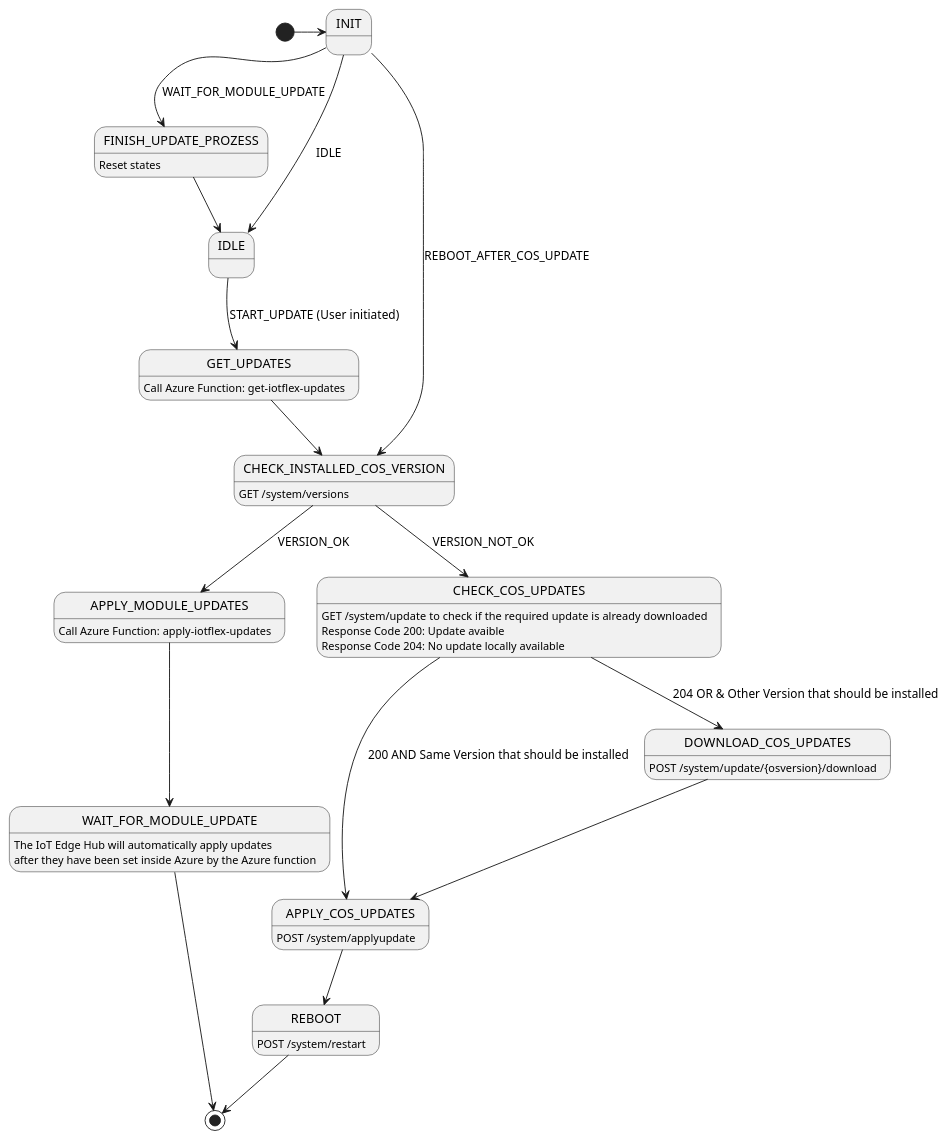
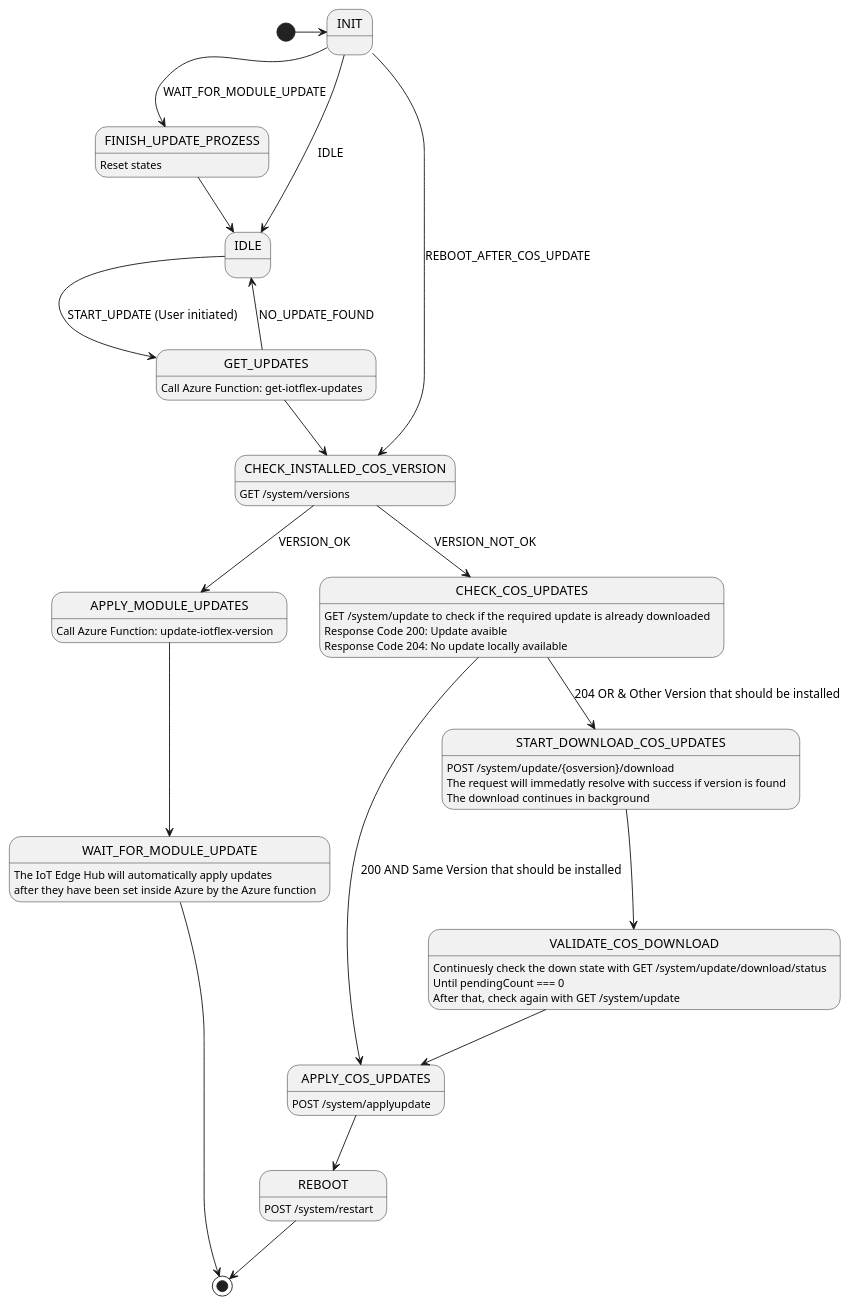
One commit to Vunnupyx/clight changed the diagram in developer-docs/state-diagramms/cos-update.plantuml. Above: the diagram before and after it, drawn with PlantUML.

Commit message:
Updated COS update flow

```diff
--- a/developer-docs/state-diagramms/cos-update.plantuml
+++ b/developer-docs/state-diagramms/cos-update.plantuml
@@ -1,32 +1,39 @@
 @startuml COS Update
 
 [*] -> INIT
 INIT --> FINISH_UPDATE_PROZESS : WAIT_FOR_MODULE_UPDATE
 INIT --> CHECK_INSTALLED_COS_VERSION : REBOOT_AFTER_COS_UPDATE
 INIT --> IDLE : IDLE
 IDLE --> GET_UPDATES : START_UPDATE (User initiated)
 GET_UPDATES --> CHECK_INSTALLED_COS_VERSION
+GET_UPDATES --> IDLE : NO_UPDATE_FOUND
 GET_UPDATES : Call Azure Function: get-iotflex-updates
 CHECK_INSTALLED_COS_VERSION --> APPLY_MODULE_UPDATES : VERSION_OK
 CHECK_INSTALLED_COS_VERSION : GET /system/versions
 CHECK_INSTALLED_COS_VERSION --> CHECK_COS_UPDATES : VERSION_NOT_OK
 CHECK_COS_UPDATES : GET  /system/update to check if the required update is already downloaded
 CHECK_COS_UPDATES : Response Code 200: Update avaible
 CHECK_COS_UPDATES : Response Code 204: No update locally available
 CHECK_COS_UPDATES --> APPLY_COS_UPDATES : 200 AND Same Version that should be installed
 APPLY_COS_UPDATES : POST /system/applyupdate 
-CHECK_COS_UPDATES --> DOWNLOAD_COS_UPDATES : 204 OR & Other Version that should be installed
-DOWNLOAD_COS_UPDATES : POST /system/update/{osversion}/download
-DOWNLOAD_COS_UPDATES --> APPLY_COS_UPDATES
+CHECK_COS_UPDATES --> START_DOWNLOAD_COS_UPDATES : 204 OR & Other Version that should be installed
+START_DOWNLOAD_COS_UPDATES : POST /system/update/{osversion}/download
+START_DOWNLOAD_COS_UPDATES : The request will immedatly resolve with success if version is found
+START_DOWNLOAD_COS_UPDATES : The download continues in background
+START_DOWNLOAD_COS_UPDATES --> VALIDATE_COS_DOWNLOAD
+VALIDATE_COS_DOWNLOAD : Continuesly check the down state with GET /system/update/download/status
+VALIDATE_COS_DOWNLOAD : Until pendingCount === 0
+VALIDATE_COS_DOWNLOAD : After that, check again with GET /system/update
+VALIDATE_COS_DOWNLOAD --> APPLY_COS_UPDATES
 APPLY_COS_UPDATES --> REBOOT
 REBOOT : POST /system/restart
 REBOOT --> [*]
 APPLY_MODULE_UPDATES --> WAIT_FOR_MODULE_UPDATE
-APPLY_MODULE_UPDATES : Call Azure Function: apply-iotflex-updates
+APPLY_MODULE_UPDATES : Call Azure Function: update-iotflex-version
 WAIT_FOR_MODULE_UPDATE : The IoT Edge Hub will automatically apply updates
 WAIT_FOR_MODULE_UPDATE : after they have been set inside Azure by the Azure function
 WAIT_FOR_MODULE_UPDATE --> [*]
 FINISH_UPDATE_PROZESS : Reset states
 FINISH_UPDATE_PROZESS --> IDLE
 
 @enduml
```
